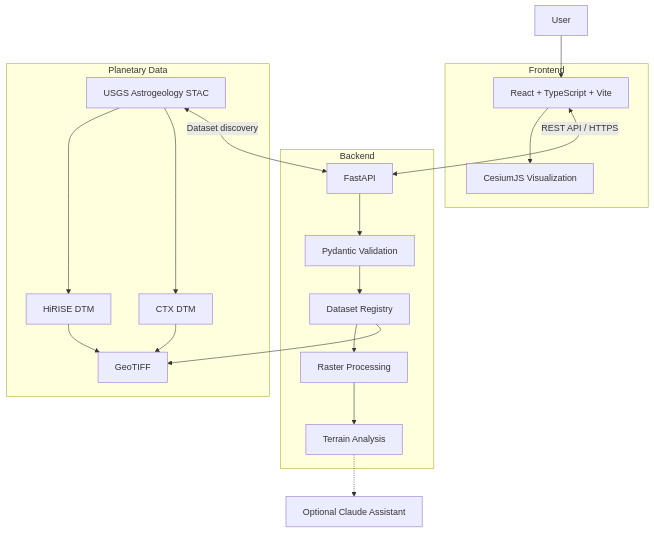
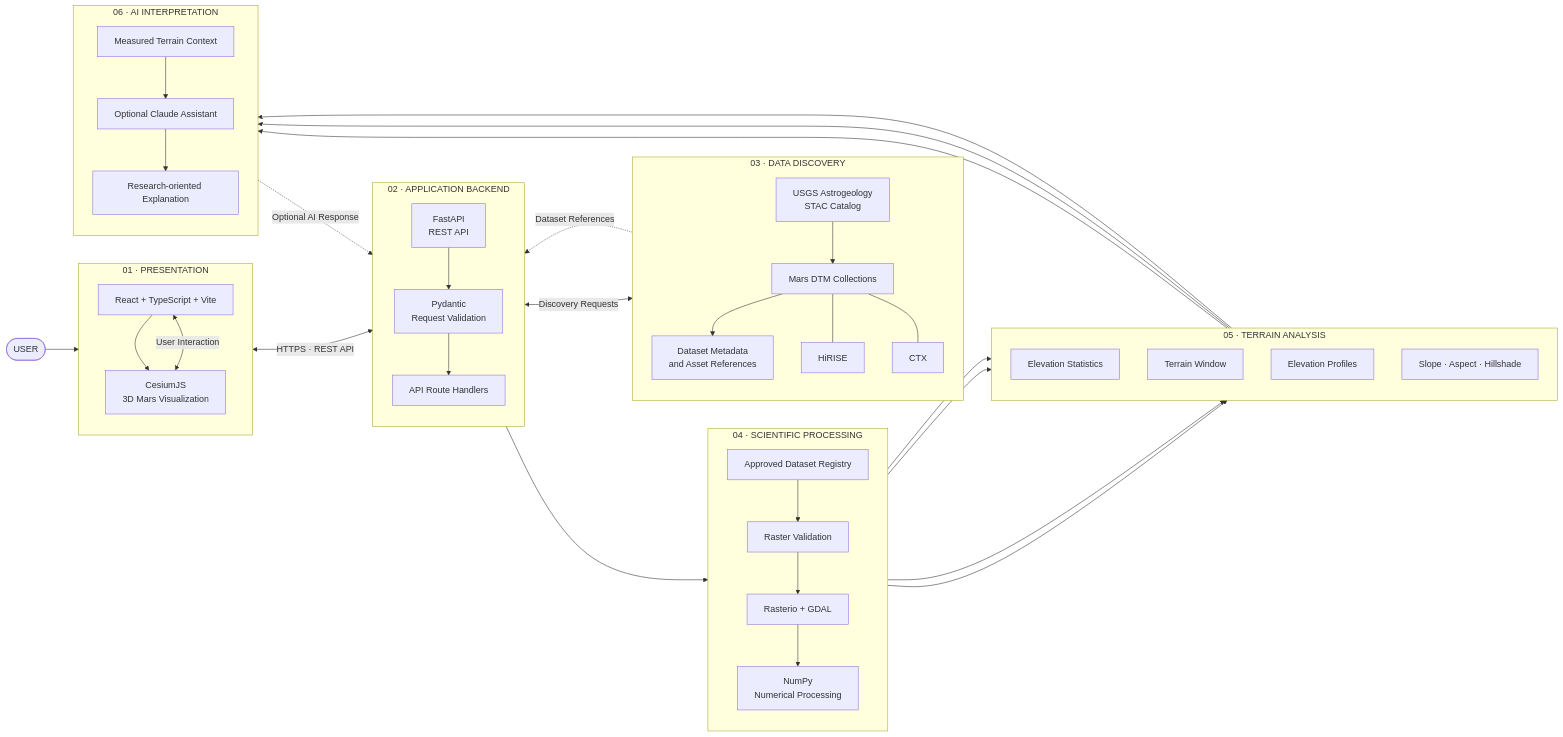
One commit to lokeshLmp/MARSIGHT-Platform changed the diagram in README.md. Above: the diagram before and after it, drawn with Mermaid.

Commit message:
Update architecture diagram in README.md

````diff
--- a/README.md
+++ b/README.md
@@ -44,40 +44,75 @@
 ```mermaid
-flowchart TD
-    USER["User"] --> FRONTEND
 
-    subgraph CLIENT["Frontend"]
-        FRONTEND["React + TypeScript + Vite"]
-        GLOBE["CesiumJS Visualization"]
-        FRONTEND --> GLOBE
+flowchart LR
+
+    USER(["USER"])
+
+    subgraph FRONTEND["01 · PRESENTATION"]
+        direction TB
+        REACT["React + TypeScript + Vite"]
+        CESIUM["CesiumJS<br/>3D Mars Visualization"]
+        REACT --> CESIUM
     end
 
-    FRONTEND <-->|"REST API / HTTPS"| API
-
-    subgraph SERVER["Backend"]
-        API["FastAPI"]
-        VALIDATION["Pydantic Validation"]
-        REGISTRY["Dataset Registry"]
-        PROCESSING["Raster Processing"]
-        ANALYSIS["Terrain Analysis"]
-        API --> VALIDATION
-        VALIDATION --> REGISTRY
-        REGISTRY --> PROCESSING
-        PROCESSING --> ANALYSIS
+    subgraph BACKEND["02 · APPLICATION BACKEND"]
+        direction TB
+        API["FastAPI<br/>REST API"]
+        VALIDATE["Pydantic<br/>Request Validation"]
+        ROUTER["API Route Handlers"]
+        API --> VALIDATE --> ROUTER
     end
 
-    subgraph DATA["Planetary Data"]
-        STAC["USGS Astrogeology STAC"]
-        HIRISE["HiRISE DTM"]
-        CTX["CTX DTM"]
-        RASTER["GeoTIFF"]
-        STAC --> HIRISE
-        STAC --> CTX
-        HIRISE --> RASTER
-        CTX --> RASTER
+    subgraph DISCOVERY["03 · DATA DISCOVERY"]
+        direction TB
+        STAC["USGS Astrogeology<br/>STAC Catalog"]
+        COLLECTIONS["Mars DTM Collections"]
+        METADATA["Dataset Metadata<br/>and Asset References"]
+        STAC --> COLLECTIONS --> METADATA
+        COLLECTIONS --- HIRISE["HiRISE"]
+        COLLECTIONS --- CTX["CTX"]
     end
 
-    STAC <-->|"Dataset discovery"| API
-    REGISTRY --> RASTER
+    subgraph PROCESSING["04 · SCIENTIFIC PROCESSING"]
+        direction TB
+        REGISTRY["Approved Dataset Registry"]
+        CHECK["Raster Validation"]
+        RASTER["Rasterio + GDAL"]
+        NUMPY["NumPy<br/>Numerical Processing"]
+        REGISTRY --> CHECK --> RASTER --> NUMPY
+    end
 
-    ANALYSIS -.-> AI["Optional Claude Assistant"]
+    subgraph ANALYSIS["05 · TERRAIN ANALYSIS"]
+        direction TB
+        STATS["Elevation Statistics"]
+        WINDOW["Terrain Window"]
+        PROFILE["Elevation Profiles"]
+        DERIVATIVES["Slope · Aspect · Hillshade"]
+    end
+
+    subgraph INTELLIGENCE["06 · AI INTERPRETATION"]
+        direction TB
+        CONTEXT["Measured Terrain Context"]
+        CLAUDE["Optional Claude Assistant"]
+        RESULT["Research-oriented Explanation"]
+        CONTEXT --> CLAUDE --> RESULT
+    end
+
+    USER --> REACT
+    CESIUM <-->|"User Interaction"| REACT
+    REACT <-->|"HTTPS · REST API"| API
+
+    ROUTER <-->|"Discovery Requests"| STAC
+    METADATA -.->|"Dataset References"| ROUTER
+
+    ROUTER --> REGISTRY
+    NUMPY --> STATS
+    NUMPY --> WINDOW
+    NUMPY --> PROFILE
+    NUMPY --> DERIVATIVES
+
+    STATS --> CONTEXT
+    WINDOW --> CONTEXT
+    PROFILE --> CONTEXT
+    RESULT -.->|"Optional AI Response"| API
+
 ```
````
